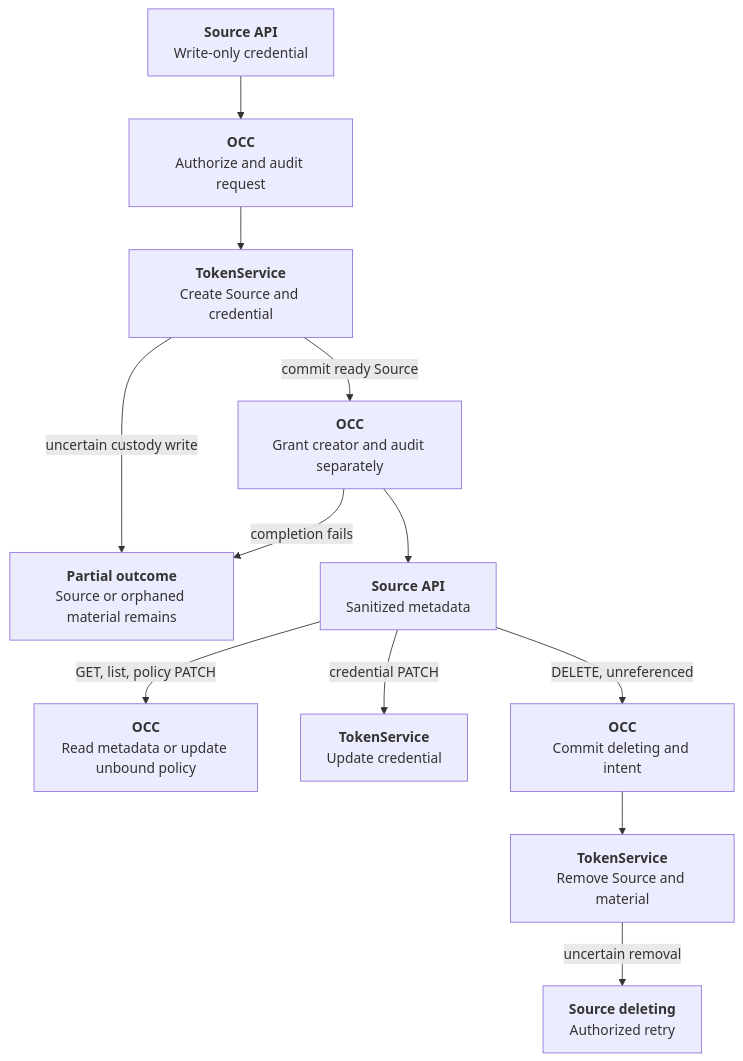
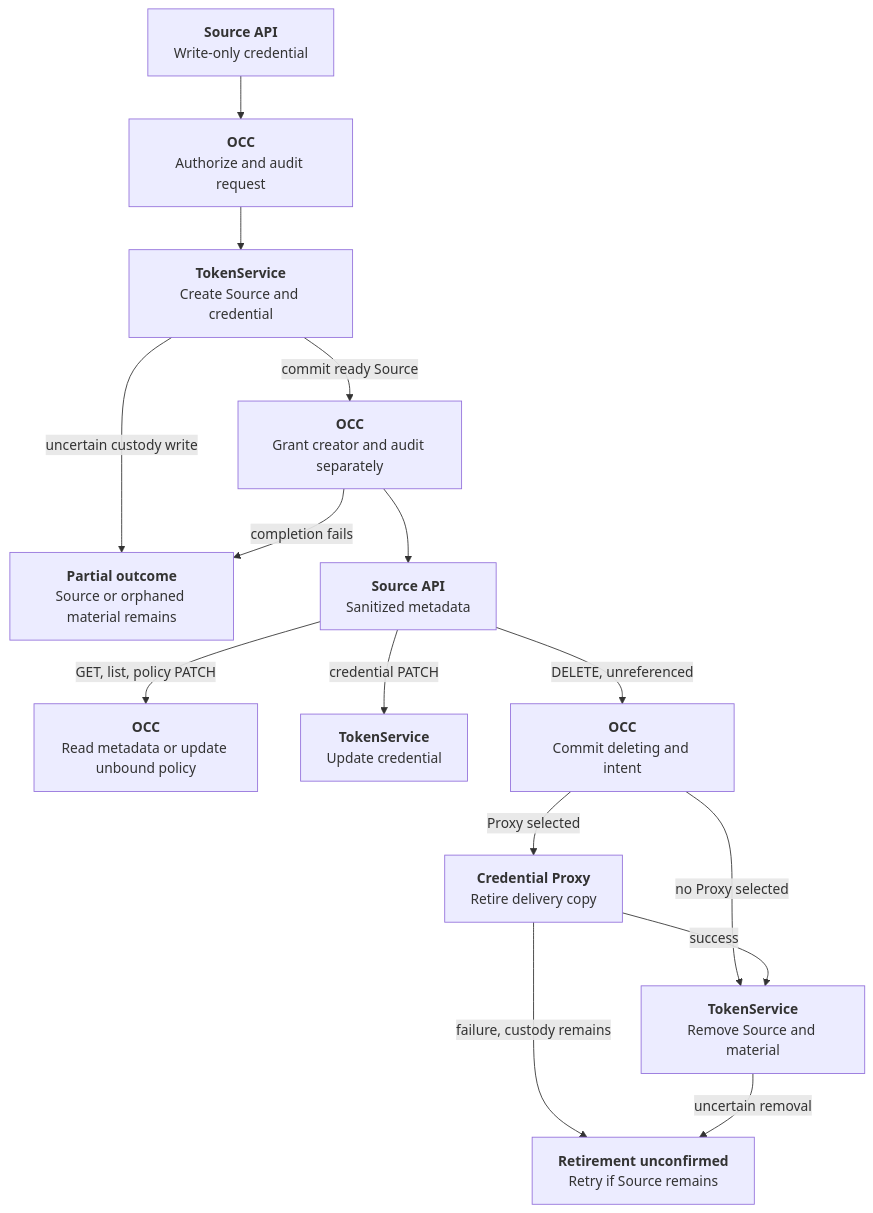
Before and after one commit to openclaw/openclaw-enterprise: the diagram in docs/flows/token-service-static-custody.md, drawn with Mermaid. The commit also changed other lines of this file and 11 other files, not shown here.

Commit message:
Retire OpenShell credential copies during Agent and Source cleanup

````diff
--- a/docs/flows/token-service-static-custody.md
+++ b/docs/flows/token-service-static-custody.md
@@ -24,14 +24,17 @@
 ```mermaid
 graph TD
   A["<b>Source API</b><br/>Write-only credential"] --> B["<b>OCC</b><br/>Authorize and audit request"]
   B --> C["<b>TokenService</b><br/>Create Source and credential"]
   C -->|commit ready Source| D["<b>OCC</b><br/>Grant creator and audit separately"]
   C -->|uncertain custody write| E["<b>Partial outcome</b><br/>Source or orphaned material remains"]
   D --> F["<b>Source API</b><br/>Sanitized metadata"]
   D -->|completion fails| E
   F -->|GET, list, policy PATCH| J["<b>OCC</b><br/>Read metadata or update unbound policy"]
   F -->|credential PATCH| G["<b>TokenService</b><br/>Update credential"]
   F -->|DELETE, unreferenced| K["<b>OCC</b><br/>Commit deleting and intent"]
-  K --> H["<b>TokenService</b><br/>Remove Source and material"]
-  H -->|uncertain removal| I["<b>Source deleting</b><br/>Authorized retry"]
+  K -->|Proxy selected| L["<b>Credential Proxy</b><br/>Retire delivery copy"]
+  K -->|no Proxy selected| H
+  L -->|success| H["<b>TokenService</b><br/>Remove Source and material"]
+  L -->|failure, custody remains| I["<b>Retirement unconfirmed</b><br/>Retry if Source remains"]
+  H -->|uncertain removal| I
 ```
````
